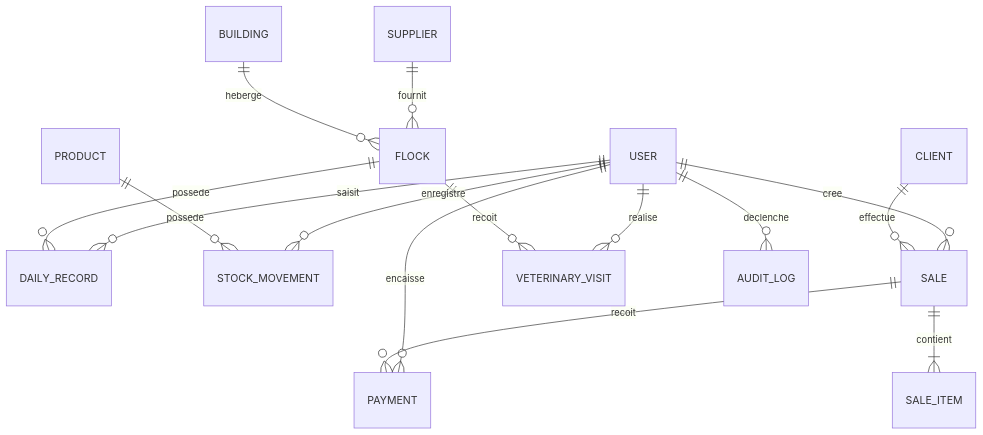
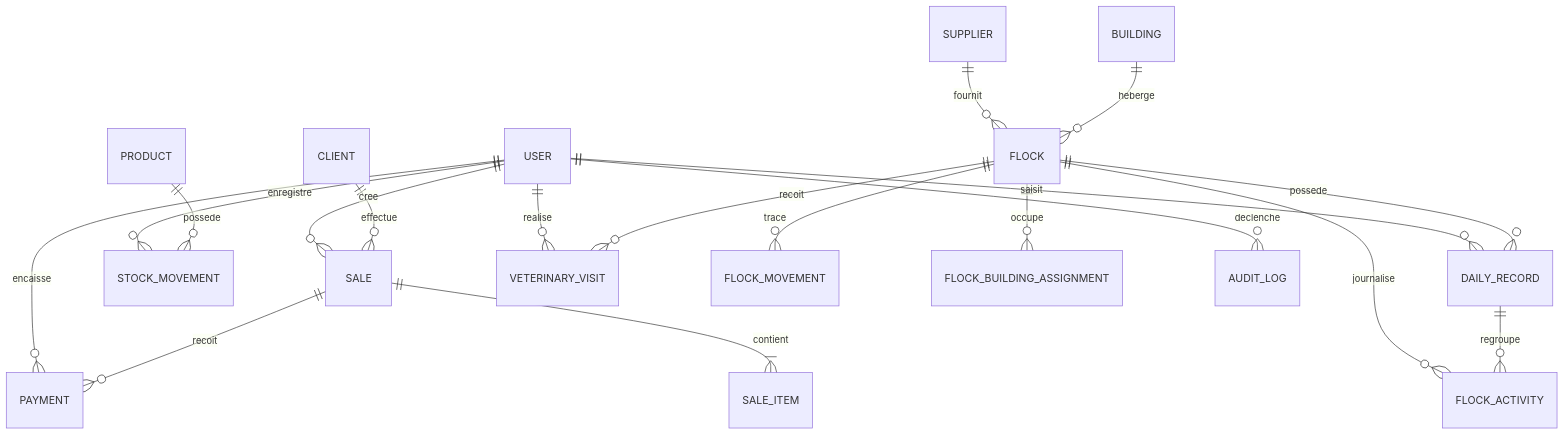
One commit to abjnn/ABIWEIN changed the second of 3 diagrams in docs/ARCHITECTURE.md. Above: the diagram before and after it, drawn with Mermaid. The commit also changed other lines of this file and 63 other files, not shown here.

````diff
--- a/docs/ARCHITECTURE.md
+++ b/docs/ARCHITECTURE.md
@@ -159,17 +155,21 @@
 ```mermaid
 erDiagram
     USER ||--o{ DAILY_RECORD : saisit
     USER ||--o{ STOCK_MOVEMENT : enregistre
     USER ||--o{ SALE : cree
     USER ||--o{ PAYMENT : encaisse
     USER ||--o{ VETERINARY_VISIT : realise
     SUPPLIER ||--o{ FLOCK : fournit
     BUILDING ||--o{ FLOCK : heberge
     FLOCK ||--o{ DAILY_RECORD : possede
+    FLOCK ||--o{ FLOCK_ACTIVITY : journalise
+    DAILY_RECORD ||--o{ FLOCK_ACTIVITY : regroupe
+    FLOCK ||--o{ FLOCK_MOVEMENT : trace
+    FLOCK ||--o{ FLOCK_BUILDING_ASSIGNMENT : occupe
     FLOCK ||--o{ VETERINARY_VISIT : recoit
     PRODUCT ||--o{ STOCK_MOVEMENT : possede
     CLIENT ||--o{ SALE : effectue
     SALE ||--|{ SALE_ITEM : contient
     SALE ||--o{ PAYMENT : recoit
     USER ||--o{ AUDIT_LOG : declenche
 ```
````
